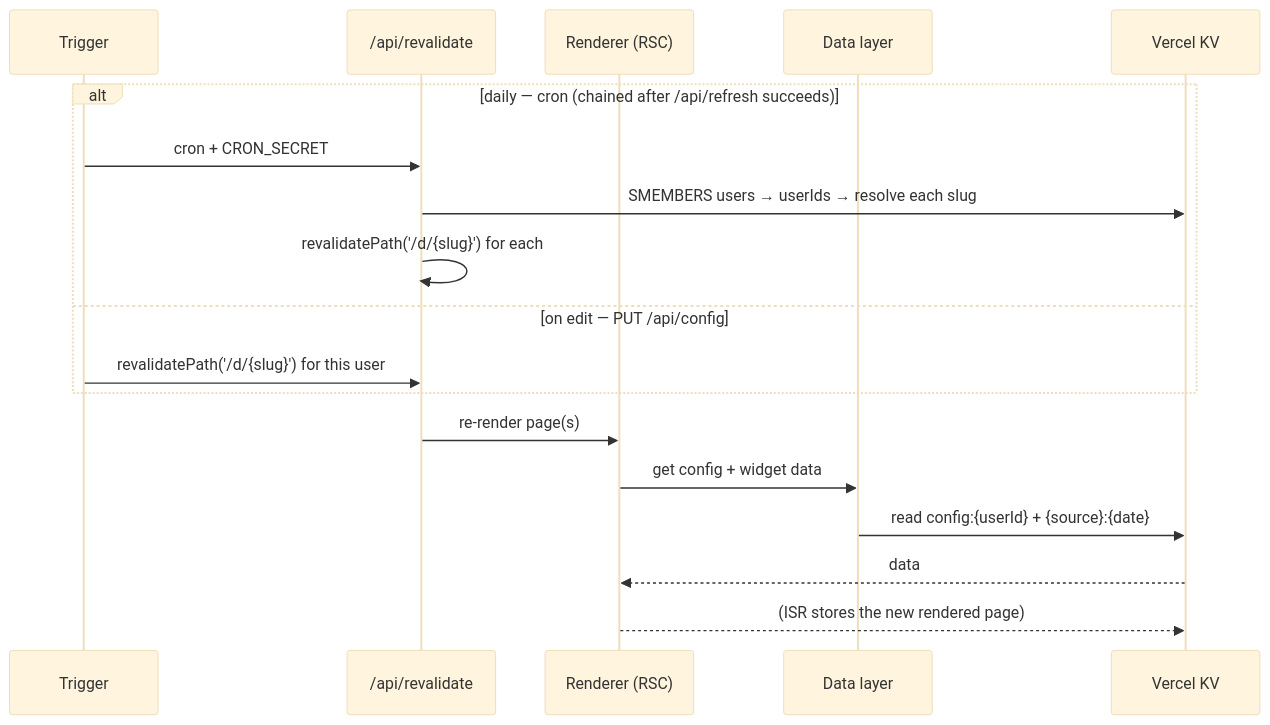
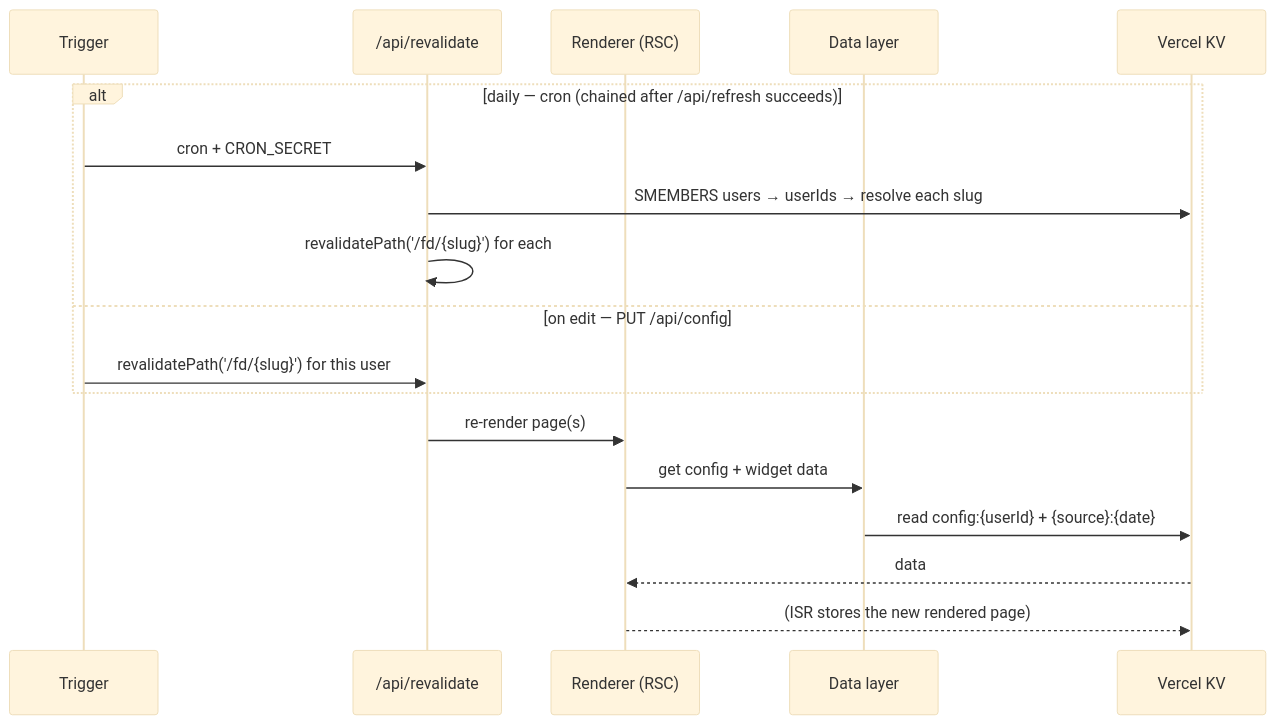
The fifth of 7 diagrams in docs/architecture.md (vedanta/frontdoor), drawn with Mermaid (base theme) before and after one commit. The commit also changed other lines of this file and 21 other files, not shown here.

````diff
--- a/docs/architecture.md
+++ b/docs/architecture.md
@@ -225,21 +225,21 @@
 ```mermaid
 sequenceDiagram
     participant T as Trigger
     participant RV as /api/revalidate
     participant R as Renderer (RSC)
     participant DL as Data layer
     participant KV as Vercel KV
 
     alt daily — cron (chained after /api/refresh succeeds)
         T->>RV: cron + CRON_SECRET
         RV->>KV: SMEMBERS users → userIds → resolve each slug
-        RV->>RV: revalidatePath('/d/{slug}') for each
+        RV->>RV: revalidatePath('/fd/{slug}') for each
     else on edit — PUT /api/config
-        T->>RV: revalidatePath('/d/{slug}') for this user
+        T->>RV: revalidatePath('/fd/{slug}') for this user
     end
     RV->>R: re-render page(s)
     R->>DL: get config + widget data
     DL->>KV: read config:{userId} + {source}:{date}
     KV-->>R: data
     R-->>KV: (ISR stores the new rendered page)
 ```
````
